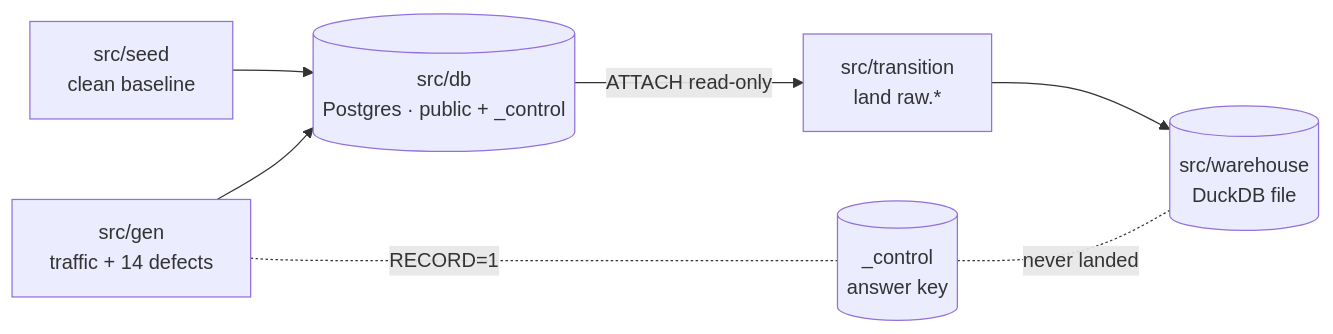
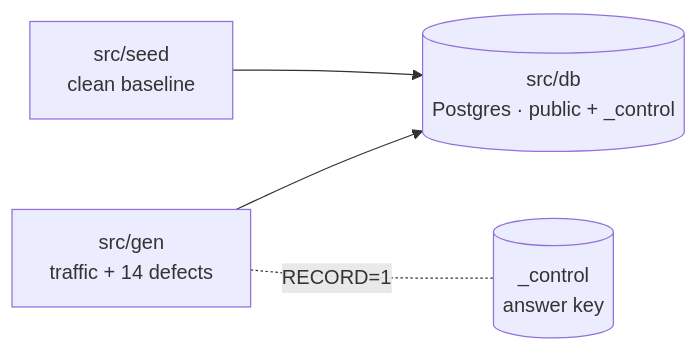
The second of 3 diagrams in readme.md (luanmorenommaciel/uc-postgres-duckdb-dbt-analytics), drawn with Mermaid before and after one commit. The commit also changed other lines of this file and 99 other files, not shown here.

````diff
--- a/readme.md
+++ b/readme.md
@@ -60,10 +52,7 @@
 ```mermaid
 graph LR
     SEED[src/seed<br/>clean baseline] --> DB
     GEN[src/gen<br/>traffic + 14 defects] --> DB
     DB[(src/db<br/>Postgres · public + _control)]
-    DB -->|ATTACH read-only| T[src/transition<br/>land raw.*]
-    T --> WH[(src/warehouse<br/>DuckDB file)]
     GEN -.RECORD=1.- LEDGER[(_control<br/>answer key)]
-    LEDGER -.never landed.- WH
 ```
````
